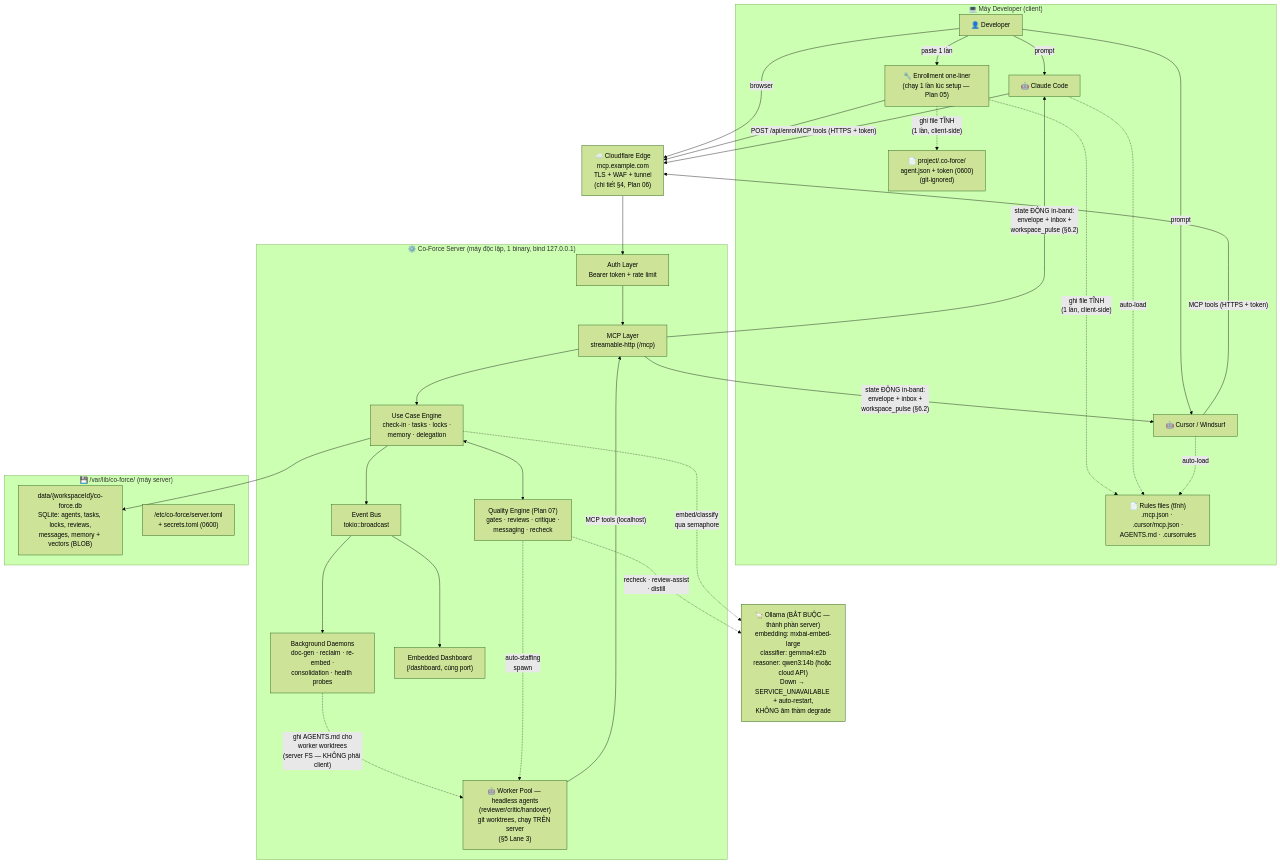
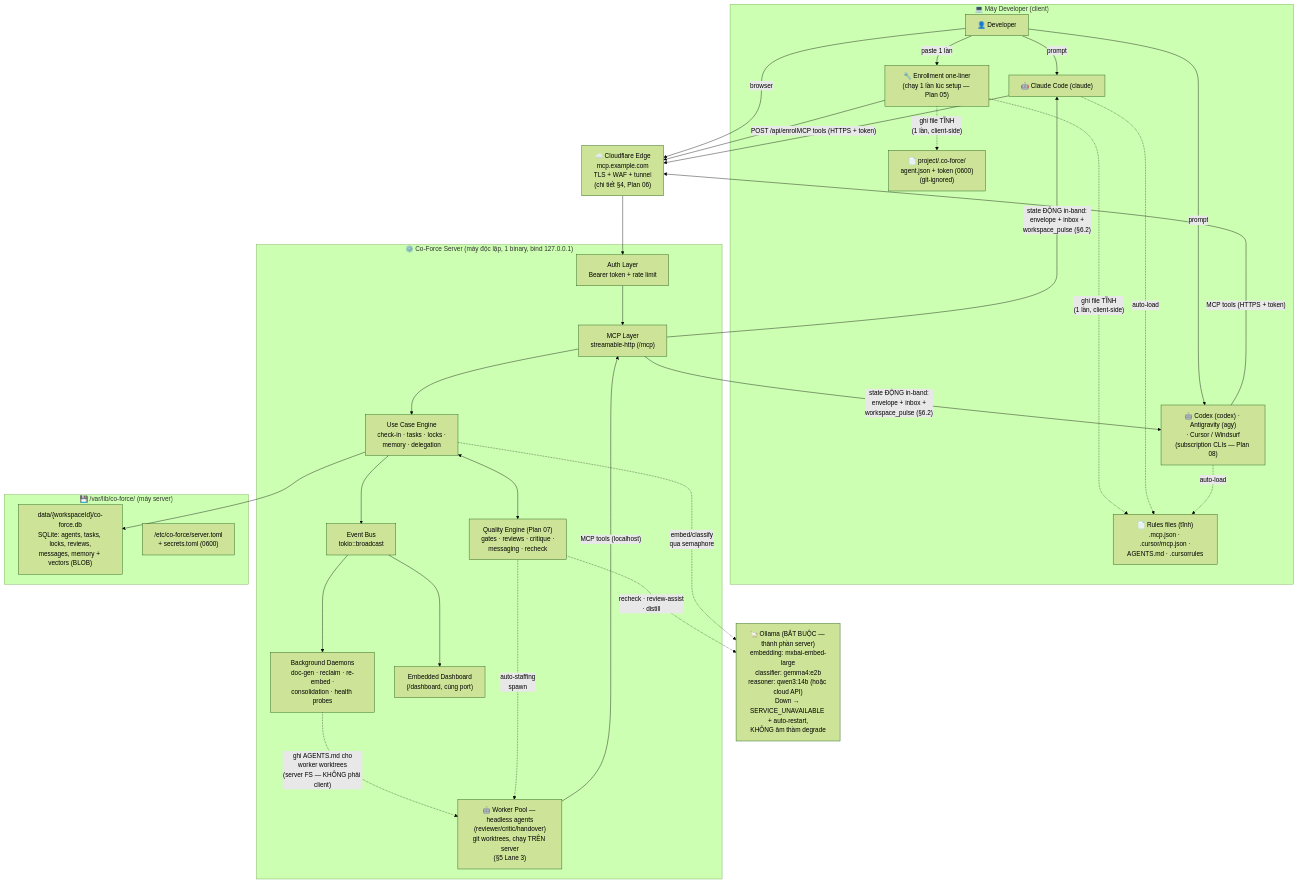
One commit to hiimtrung/co-force changed the first of 7 diagrams in docs/architecture.md. Above: the diagram before and after it, drawn with Mermaid (forest theme). The commit also changed other lines of this file and 10 other files, not shown here.

Commit message:
docs: update project roadmap and documentation to reflect rmcp 2.x migration and CLI configuration changes

````diff
--- a/docs/architecture.md
+++ b/docs/architecture.md
@@ -16,49 +16,49 @@
 ```mermaid
 graph TB
     subgraph DevMachine["💻 Máy Developer (client)"]
         User["👤 Developer"]
         Enroll["🔧 Enrollment one-liner<br/>(chạy 1 lần lúc setup — Plan 05)"]
-        CC["🤖 Claude Code"]
-        CU["🤖 Cursor / Windsurf"]
+        CC["🤖 Claude Code (claude)"]
+        CU["🤖 Codex (codex) · Antigravity (agy)<br/>· Cursor / Windsurf<br/>(subscription CLIs — Plan 08)"]
         Rules["📄 Rules files (tĩnh)<br/>.mcp.json · .cursor/mcp.json ·<br/>AGENTS.md · .cursorrules"]
         SessionCache["📄 project/.co-force/<br/>agent.json + token (0600)<br/>(git-ignored)"]
     end
 
     Tunnel["☁️ Cloudflare Edge<br/>mcp.example.com<br/>TLS + WAF + tunnel<br/>(chi tiết §4, Plan 06)"]
 
     subgraph Server["⚙️ Co-Force Server (máy độc lập, 1 binary, bind 127.0.0.1)"]
         Auth["Auth Layer<br/>Bearer token + rate limit"]
         MCP["MCP Layer<br/>streamable-http (/mcp)"]
         Engine["Use Case Engine<br/>check-in · tasks · locks ·<br/>memory · delegation"]
         Quality["Quality Engine (Plan 07)<br/>gates · reviews · critique ·<br/>messaging · recheck"]
         Bus["Event Bus<br/>tokio::broadcast"]
         Daemons["Background Daemons<br/>doc-gen · reclaim · re-embed ·<br/>consolidation · health probes"]
         Dash["Embedded Dashboard<br/>(/dashboard, cùng port)"]
         Workers["🤖 Worker Pool — headless agents<br/>(reviewer/critic/handover)<br/>git worktrees, chạy TRÊN server<br/>(§5 Lane 3)"]
     end
 
     subgraph Storage["💾 /var/lib/co-force/ (máy server)"]
         DB["data/{workspaceId}/co-force.db<br/>SQLite: agents, tasks, locks, reviews,<br/>messages, memory + vectors (BLOB)"]
         Config["/etc/co-force/server.toml<br/>+ secrets.toml (0600)"]
     end
 
     Ollama["🦙 Ollama (BẮT BUỘC — thành phần server)<br/>embedding: mxbai-embed-large<br/>classifier: gemma4:e2b<br/>reasoner: qwen3:14b (hoặc cloud API)<br/>Down → SERVICE_UNAVAILABLE + auto-restart,<br/>KHÔNG âm thầm degrade"]
 
     User -->|prompt| CC & CU
     User -->|browser| Tunnel
     User -->|"paste 1 lần"| Enroll
     Enroll -.->|"ghi file TĨNH<br/>(1 lần, client-side)"| Rules & SessionCache
     Enroll -->|"POST /api/enroll"| Tunnel
     CC & CU -->|"MCP tools (HTTPS + token)"| Tunnel --> Auth --> MCP
     CC & CU -.->|auto-load| Rules
     MCP -->|"state ĐỘNG in-band:<br/>envelope + inbox +<br/>workspace_pulse (§6.2)"| CC & CU
     MCP --> Engine --> DB
     Engine <--> Quality
     Engine --> Bus --> Daemons
     Bus --> Dash
     Quality -.->|recheck · review-assist<br/>· distill| Ollama
     Engine -.->|embed/classify<br/>qua semaphore| Ollama
     Daemons -.->|"ghi AGENTS.md cho<br/>worker worktrees<br/>(server FS — KHÔNG phải client)"| Workers
     Quality -.->|auto-staffing<br/>spawn| Workers
     Workers -->|"MCP tools (localhost)"| MCP
 ```
````
